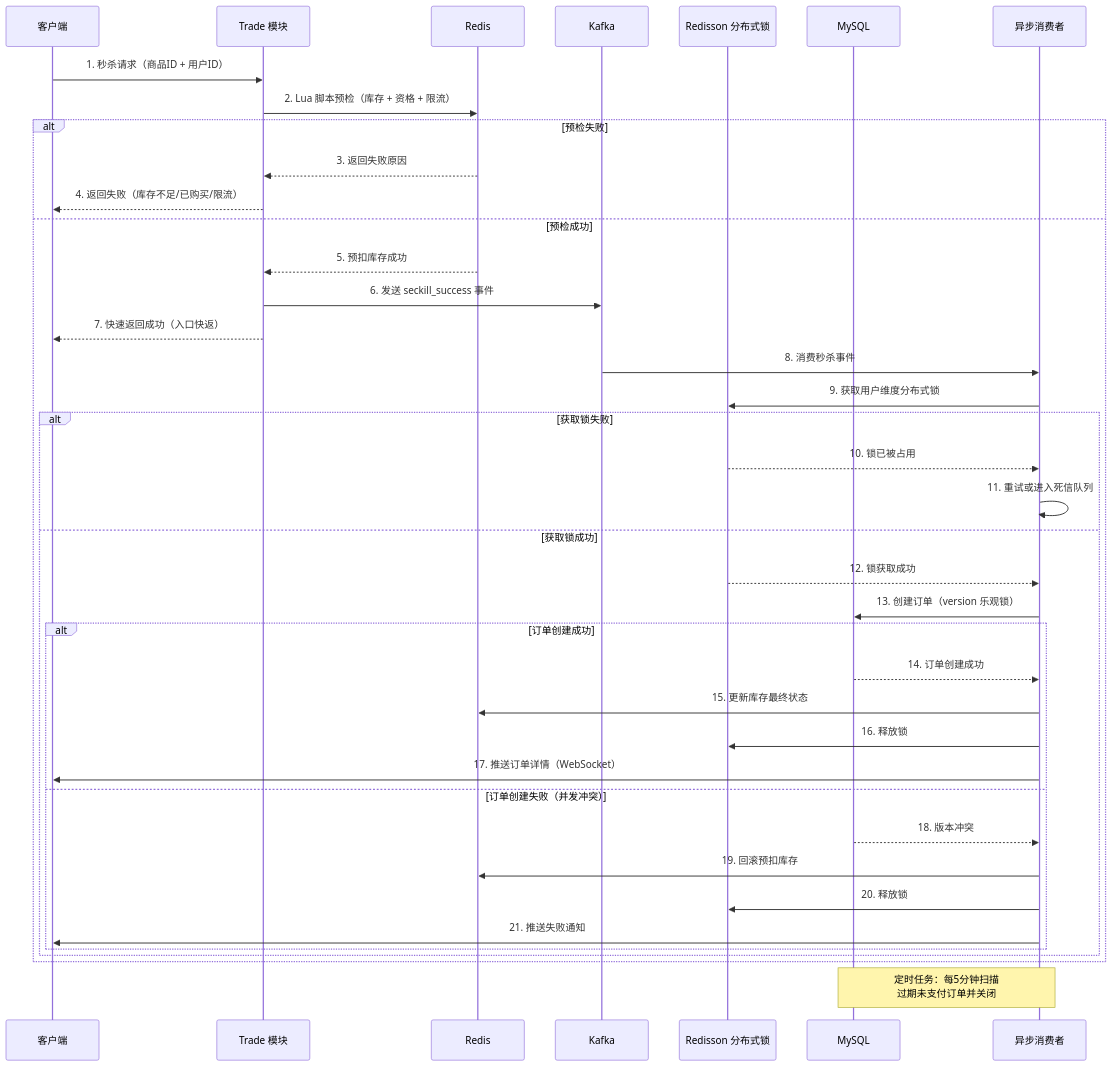
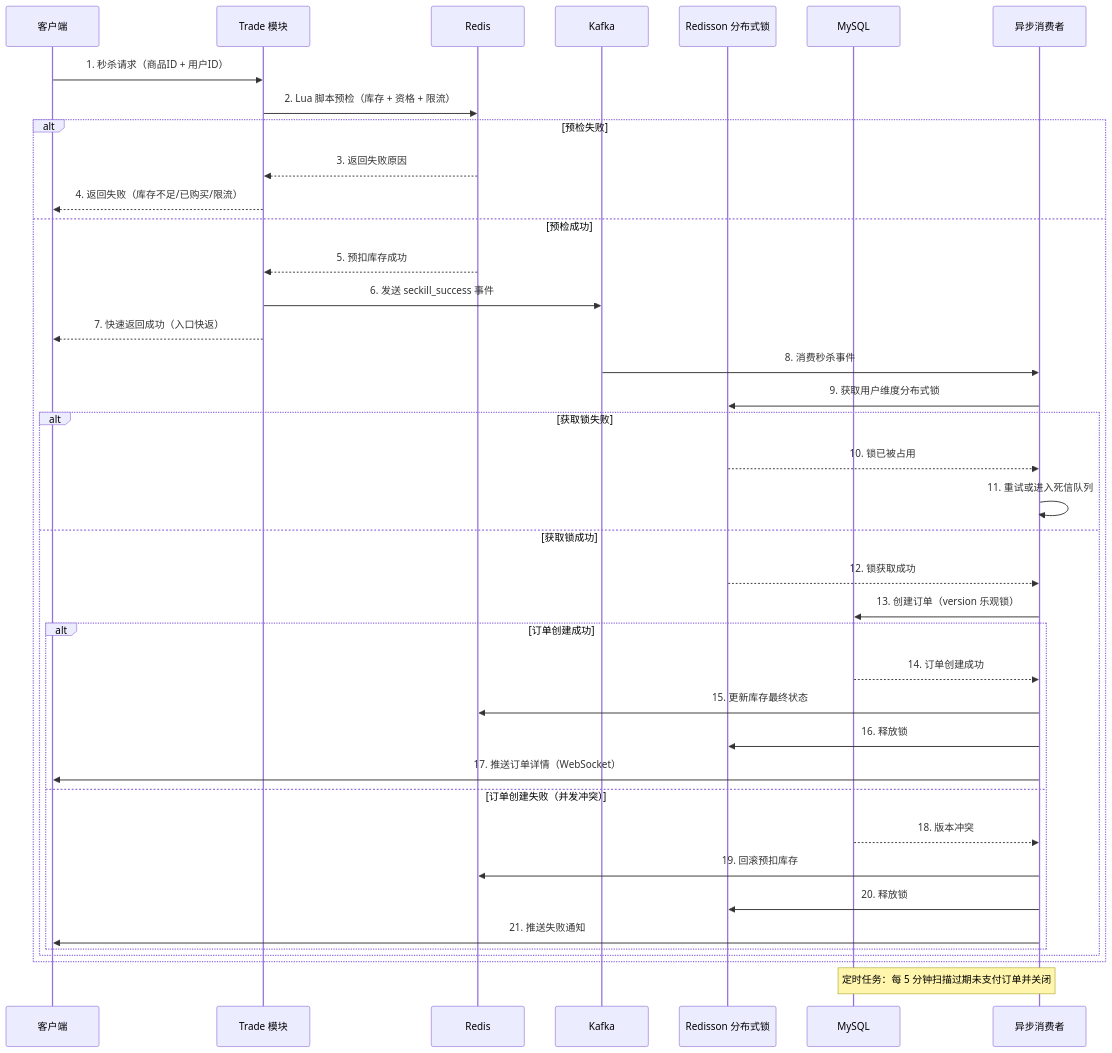
Before and after one commit to ZXT-shuaibi/-linzhi: the fifth of 5 diagrams in README.md, drawn with Mermaid. The commit also changed other lines of this file and 3 other files, not shown here.

````diff
--- a/README.md
+++ b/README.md
@@ -701,47 +617,47 @@
 ```mermaid
 sequenceDiagram
     participant Client as 客户端
     participant Trade as Trade 模块
     participant Redis as Redis
     participant Kafka as Kafka
     participant Lock as Redisson 分布式锁
     participant MySQL as MySQL
     participant Consumer as 异步消费者
 
     Client->>Trade: 1. 秒杀请求（商品ID + 用户ID）
     Trade->>Redis: 2. Lua 脚本预检（库存 + 资格 + 限流）
 
     alt 预检失败
         Redis-->>Trade: 3. 返回失败原因
         Trade-->>Client: 4. 返回失败（库存不足/已购买/限流）
     else 预检成功
         Redis-->>Trade: 5. 预扣库存成功
         Trade->>Kafka: 6. 发送 seckill_success 事件
         Trade-->>Client: 7. 快速返回成功（入口快返）
 
         Kafka->>Consumer: 8. 消费秒杀事件
         Consumer->>Lock: 9. 获取用户维度分布式锁
 
         alt 获取锁失败
             Lock-->>Consumer: 10. 锁已被占用
             Consumer->>Consumer: 11. 重试或进入死信队列
         else 获取锁成功
             Lock-->>Consumer: 12. 锁获取成功
             Consumer->>MySQL: 13. 创建订单（version 乐观锁）
 
             alt 订单创建成功
                 MySQL-->>Consumer: 14. 订单创建成功
                 Consumer->>Redis: 15. 更新库存最终状态
                 Consumer->>Lock: 16. 释放锁
                 Consumer->>Client: 17. 推送订单详情（WebSocket）
             else 订单创建失败（并发冲突）
                 MySQL-->>Consumer: 18. 版本冲突
                 Consumer->>Redis: 19. 回滚预扣库存
                 Consumer->>Lock: 20. 释放锁
                 Consumer->>Client: 21. 推送失败通知
             end
         end
     end
 
-    Note over MySQL,Consumer: 定时任务：每5分钟扫描<br/>过期未支付订单并关闭
+    Note over MySQL,Consumer: 定时任务：每 5 分钟扫描过期未支付订单并关闭
 ```
````
